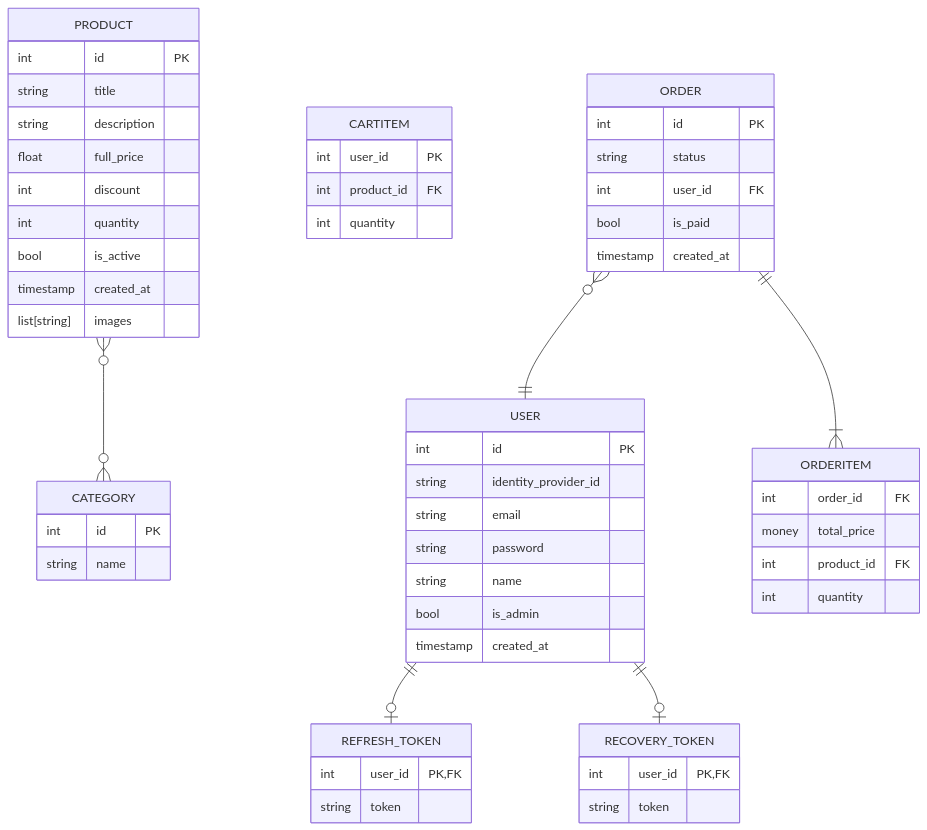
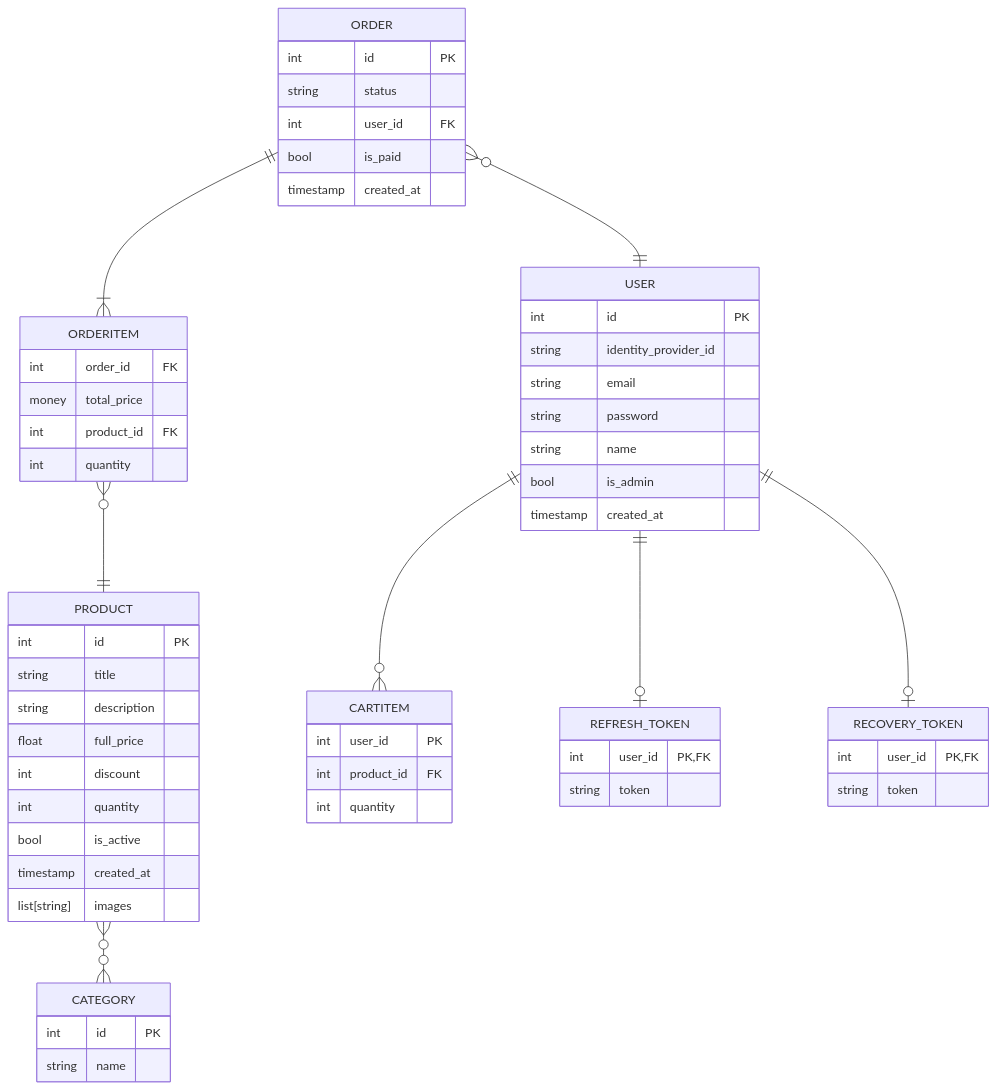
One commit to ivan-22-3-5/e-commerce changed the diagram in er.md. Above: the diagram before and after it, drawn with Mermaid.

Commit message:
docs(er): add mising relationships

````diff
--- a/er.md
+++ b/er.md
@@ -1,66 +1,68 @@
 ```mermaid
 erDiagram
     PRODUCT {
         int id PK
         string title
         string description
         float full_price
         int discount
         int quantity
         bool is_active
         timestamp created_at
         list[string] images
     }
 
     USER {
         int id PK
         string identity_provider_id
         string email 
         string password 
         string name
         bool is_admin 
         timestamp created_at
     }
     
     CATEGORY {
         int id PK
         string name
     }
 
     CARTITEM {
         int user_id PK
         int product_id FK
         int quantity 
     }
 
     ORDER {
         int id PK
         string status
         int user_id FK
         bool is_paid
         timestamp created_at
     }
     
     REFRESH_TOKEN {
         int user_id PK, FK
         string token
     }
     
     RECOVERY_TOKEN {
         int user_id PK, FK
         string token
     }
     
     ORDERITEM {
         int order_id FK
         money total_price
         int product_id FK
         int quantity
     }
 
     PRODUCT }o--o{ CATEGORY: ""
     ORDER }o--|| USER: ""
     ORDER ||--|{ ORDERITEM: ""
+    ORDERITEM }o--|| PRODUCT: ""
     USER ||--o| REFRESH_TOKEN: ""
     USER ||--o| RECOVERY_TOKEN: ""
+    USER ||--o{ CARTITEM: ""
 ```
````
